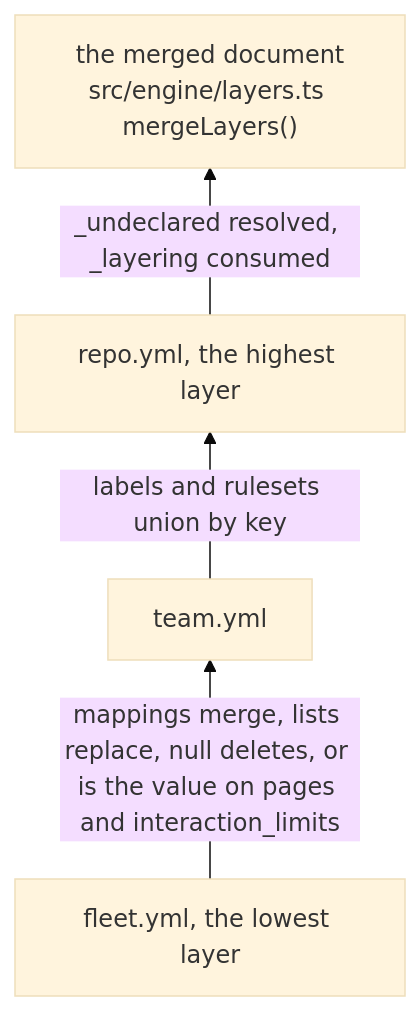
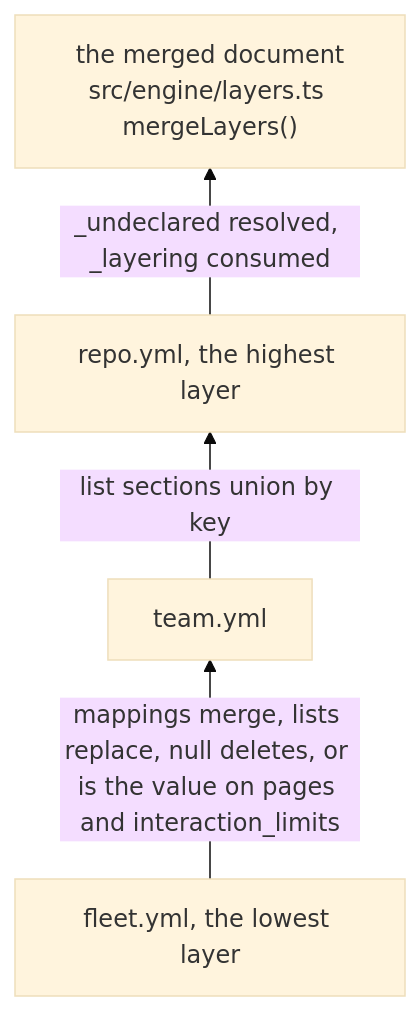
The fourth of 8 diagrams in docs/reference/architecture.md (Vivswan/github-settings-as-code), drawn with Mermaid (base theme) before and after one commit. The commit also changed other lines of this file and 88 other files, not shown here.

Commit message:
feat(engine)!: layer every list section by key with replace, shallow, and deep (#287)

````diff
--- a/docs/reference/architecture.md
+++ b/docs/reference/architecture.md
@@ -100,10 +100,10 @@
 ```mermaid
 flowchart BT
   fleet["fleet.yml, the lowest layer"]
   team["team.yml"]
   repo["repo.yml, the highest layer"]
   out["the merged document<br>src/engine/layers.ts mergeLayers()"]
   fleet -->|mappings merge, lists replace, null deletes, or is the value on pages and interaction_limits| team
-  team -->|labels and rulesets union by key| repo
+  team -->|list sections union by key| repo
   repo -->|_undeclared resolved, _layering consumed| out
 ```
````
